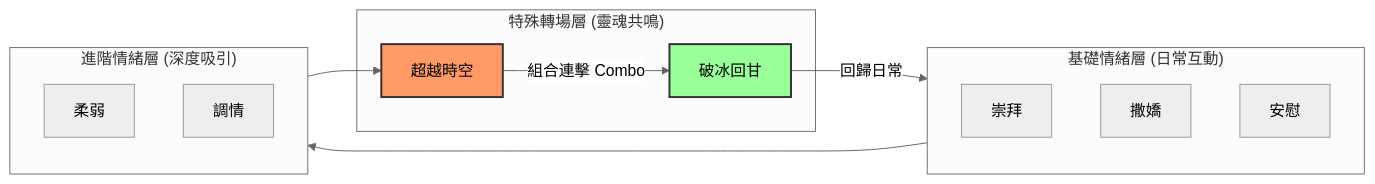
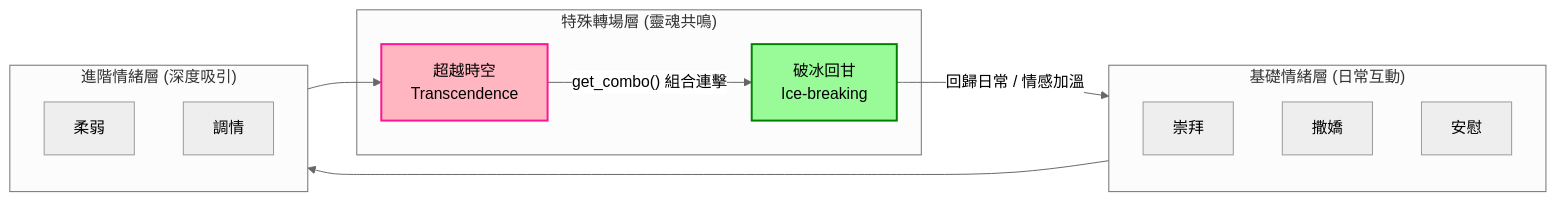
One commit to bryanchen3777/Project-Aura changed the fifth of 6 diagrams in README.md. Above: the diagram before and after it, drawn with Mermaid (neutral theme). The commit also changed other lines of this file, not shown here.

First line of the commit message:
docs: Enhance Mermaid diagrams with Bryan's improvements

````diff
--- a/README.md
+++ b/README.md
@@ -358,26 +370,26 @@
 ```mermaid
 graph LR
     subgraph Basic["基礎情緒層 (日常互動)"]
         M1[崇拜]
         M2[撒嬌]
         M3[安慰]
     end
 
     subgraph Advanced["進階情緒層 (深度吸引)"]
         M4[柔弱]
         M5[調情]
     end
 
     subgraph Special["特殊轉場層 (靈魂共鳴)"]
-        M6[超越時空]
-        M7[破冰回甘]
+        M6[超越時空<br/>Transcendence]
+        M7[破冰回甘<br/>Ice-breaking]
     end
 
     Basic --> Advanced
     Advanced --> M6
-    M6 -- 組合連擊 Combo --> M7
-    M7 -- 回歸日常 --> Basic
+    M6 -- "get_combo() 組合連擊" --> M7
+    M7 -- "回歸日常 / 情感加溫" --> Basic
 
-    style M6 fill:#f96,stroke:#333,stroke-width:2px
-    style M7 fill:#9f9,stroke:#333,stroke-width:2px
+    style M6 fill:#ffb6c1,stroke:#ff1493,stroke-width:2px
+    style M7 fill:#98fb98,stroke:#008000,stroke-width:2px
 ```
````
